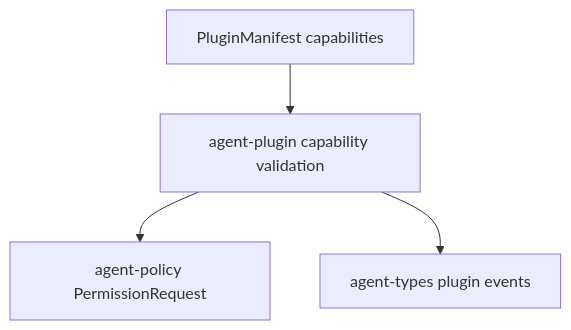
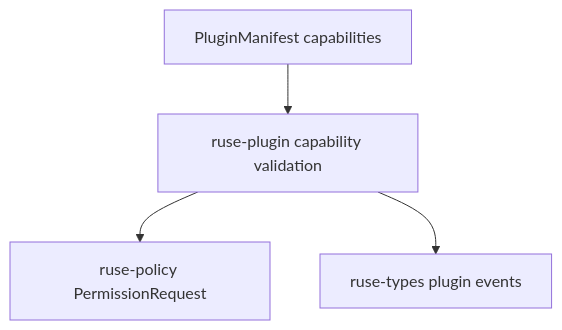
Before and after one commit to poneding/agent: the diagram in docs/specs/M11-03-plugin-capabilities.spec.md, drawn with Mermaid. The commit also changed other lines of this file and 2091 other files, not shown here.

First line of the commit message:
refactor: rename agent branding to ruse

````diff
--- a/docs/specs/M11-03-plugin-capabilities.spec.md
+++ b/docs/specs/M11-03-plugin-capabilities.spec.md
@@ -33,6 +33,6 @@
 ```mermaid
 flowchart TD
-  manifest["PluginManifest capabilities"] --> plugin["agent-plugin capability validation"]
-  plugin --> policy["agent-policy PermissionRequest"]
-  plugin --> types["agent-types plugin events"]
+  manifest["PluginManifest capabilities"] --> plugin["ruse-plugin capability validation"]
+  plugin --> policy["ruse-policy PermissionRequest"]
+  plugin --> types["ruse-types plugin events"]
 ```
````
